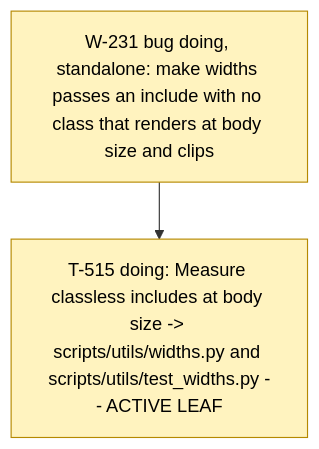
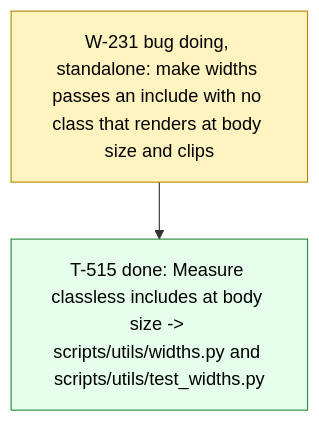
One commit to dpopchev/chaos-to-simple changed the diagram in .board/BOARD.md. Above: the diagram before and after it, drawn with Mermaid. The commit also changed other lines of this file and 1 other file, not shown here.

Commit message:
chore(board): close T-515 -- W-231 ready to land
Refs: W-231 T-515

````diff
--- a/.board/BOARD.md
+++ b/.board/BOARD.md
@@ -1378,11 +1378,12 @@
 ```mermaid
 flowchart TD
   W231["W-231 bug doing, standalone: make widths passes an include with no class that renders at body size and clips"]
-  W231 --> T515["T-515 doing: Measure classless includes at body size -> scripts/utils/widths.py and scripts/utils/test_widths.py -- ACTIVE LEAF"]
+  W231 --> T515["T-515 done: Measure classless includes at body size -> scripts/utils/widths.py and scripts/utils/test_widths.py"]
   classDef doing fill:#fff3bf,stroke:#b58900,color:#000;
   classDef blocked fill:#ffe3e3,stroke:#c92a2a,color:#000;
   classDef done fill:#e6ffed,stroke:#2b8a3e,color:#000;
   classDef todo fill:#f8f9fa,stroke:#868e96,color:#000;
   classDef pruned fill:#f1f3f5,stroke:#adb5bd,color:#000;
-  class W231,T515 doing
+  class W231 doing
+  class T515 done
 ```
````
